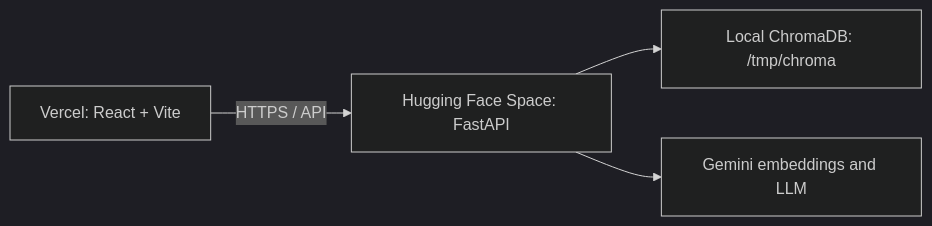
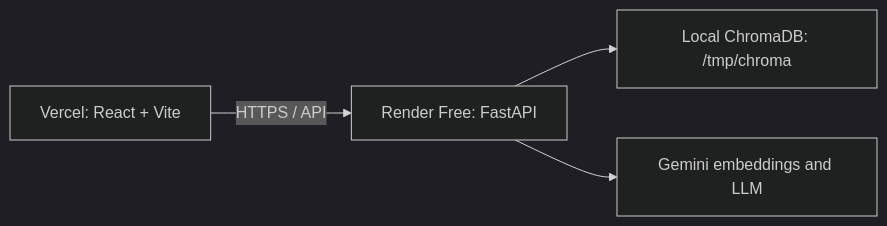
One commit to vbv0507/RepoSage changed the diagram in README.md. Above: the diagram before and after it, drawn with Mermaid (dark theme). The commit also changed other lines of this file and 8 other files, not shown here.

Commit message:
feat: optimize backend for Render free tier

````diff
--- a/README.md
+++ b/README.md
@@ -49,6 +49,6 @@
 ```mermaid
 flowchart LR
-  V[Vercel: React + Vite] -->|HTTPS / API| H[Hugging Face Space: FastAPI]
+  V[Vercel: React + Vite] -->|HTTPS / API| H[Render Free: FastAPI]
   H --> C[Local ChromaDB: /tmp/chroma]
   H --> G[Gemini embeddings and LLM]
 ```
````
